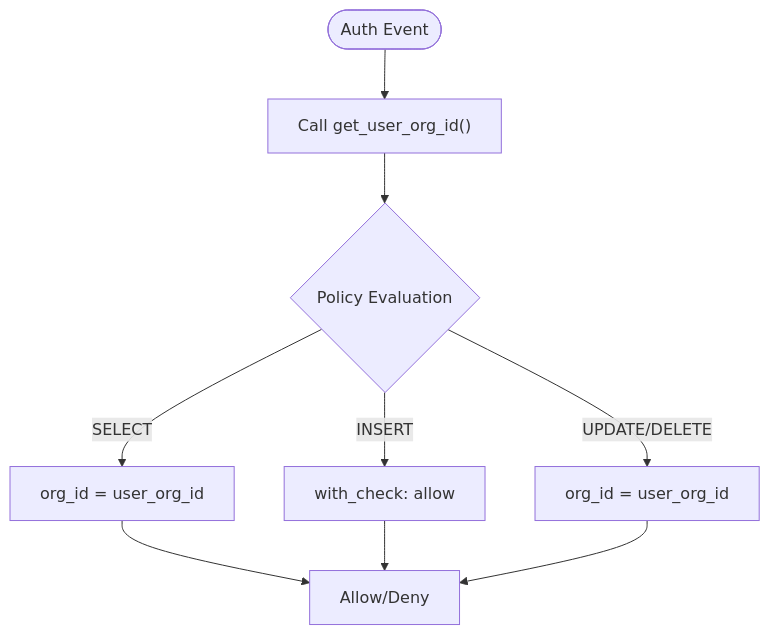
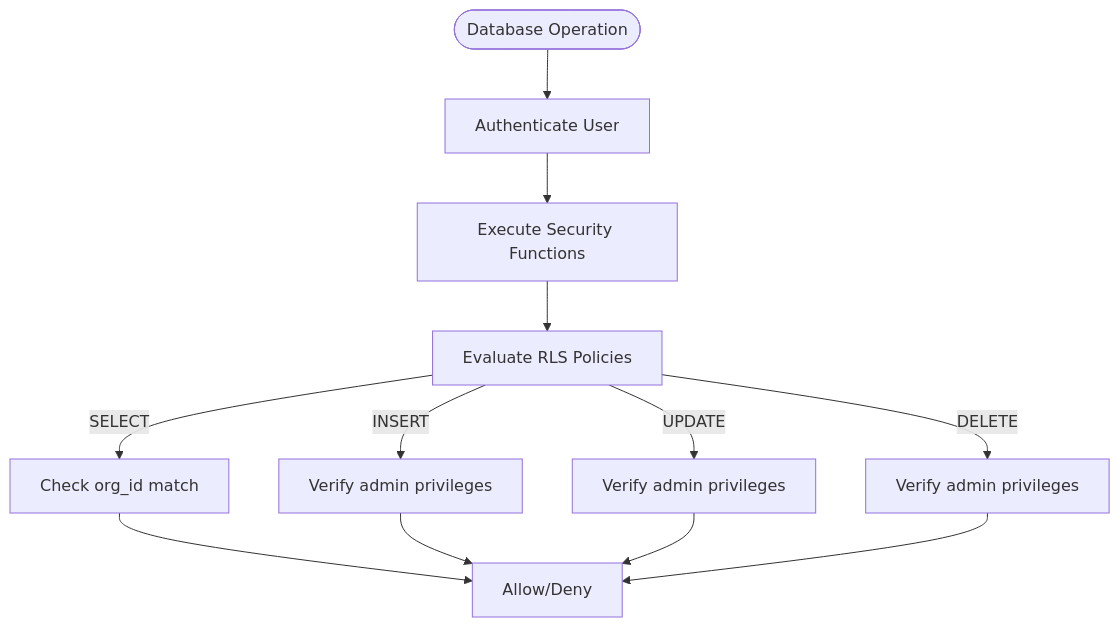
One commit to netdaniel/serveflow changed the fifth of 8 diagrams in .qoder/repowiki/en/content/API Reference/Database API/Database API.md. Above: the diagram before and after it, drawn with Mermaid. The commit also changed other lines of this file and 15 other files, not shown here.

````diff
--- a/.qoder/repowiki/en/content/API Reference/Database API/Database API.md
+++ b/.qoder/repowiki/en/content/API Reference/Database API/Database API.md
@@ -212,11 +348,14 @@
 ```mermaid
 flowchart TD
-Start(["Auth Event"]) --> GetUserOrg["Call get_user_org_id()"]
-GetUserOrg --> PolicyEval{"Policy Evaluation"}
-PolicyEval --> |SELECT| CheckOrg["org_id = user_org_id"]
-PolicyEval --> |INSERT| CheckInsert["with_check: allow"]
-PolicyEval --> |UPDATE/DELETE| CheckScope["org_id = user_org_id"]
-CheckOrg --> Decision["Allow/Deny"]
-CheckInsert --> Decision
-CheckScope --> Decision
+Start(["Database Operation"]) --> AuthCheck["Authenticate User"]
+AuthCheck --> FuncExec["Execute Security Functions"]
+FuncExec --> PolicyEval["Evaluate RLS Policies"]
+PolicyEval --> |SELECT| SelectCheck["Check org_id match"]
+PolicyEval --> |INSERT| InsertCheck["Verify admin privileges"]
+PolicyEval --> |UPDATE| UpdateCheck["Verify admin privileges"]
+PolicyEval --> |DELETE| DeleteCheck["Verify admin privileges"]
+SelectCheck --> Decision["Allow/Deny"]
+InsertCheck --> Decision
+UpdateCheck --> Decision
+DeleteCheck --> Decision
 ```
````
